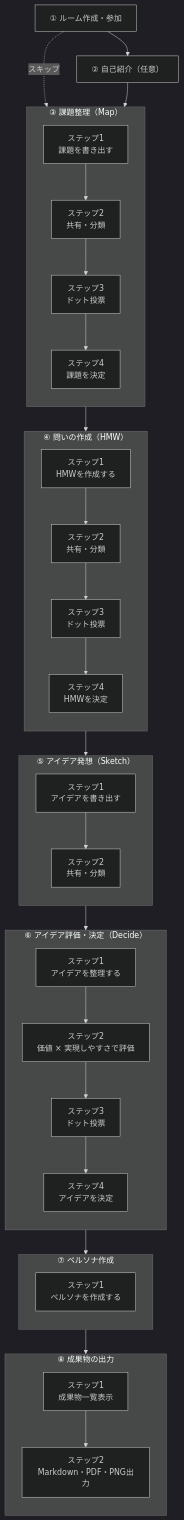
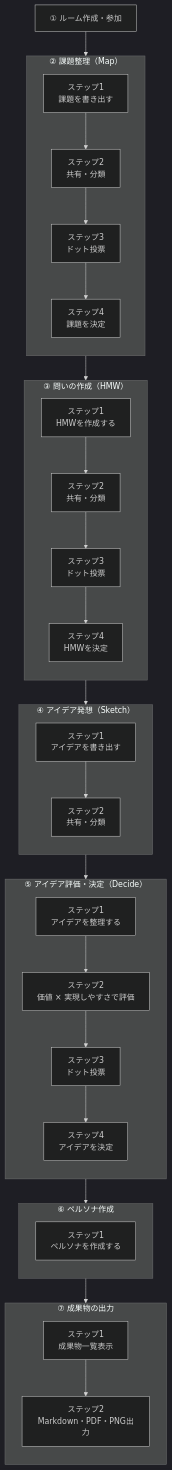
One commit to engineer-first/idea-flow-app changed the diagram in docs/ds-flow.md. Above: the diagram before and after it, drawn with Mermaid (dark theme). The commit also changed 1 other file, not shown here.

Commit message:
自己紹介消去

````diff
--- a/docs/ds-flow.md
+++ b/docs/ds-flow.md
@@ -3,71 +3,68 @@
 ```mermaid
 flowchart TD
 
 A[① ルーム作成・参加]
-B[② 自己紹介（任意）]
 
-A --> B
-A -.スキップ.-> C
-B --> C
+A --> C
 
-subgraph C["③ 課題整理（Map）"]
+subgraph C["② 課題整理（Map）"]
 direction TB
 C1[ステップ1<br>課題を書き出す]
 C2[ステップ2<br>共有・分類]
 C3[ステップ3<br>ドット投票]
 C4[ステップ4<br>課題を決定]
 
 C1 --> C2 --> C3 --> C4
 end
 
 C --> D
 
-subgraph D["④ 問いの作成（HMW）"]
+subgraph D["③ 問いの作成（HMW）"]
 direction TB
 D1[ステップ1<br>HMWを作成する]
 D2[ステップ2<br>共有・分類]
 D3[ステップ3<br>ドット投票]
 D4[ステップ4<br>HMWを決定]
 
 D1 --> D2 --> D3 --> D4
 end
 
 D --> E
 
-subgraph E["⑤ アイデア発想（Sketch）"]
+subgraph E["④ アイデア発想（Sketch）"]
 direction TB
 E1[ステップ1<br>アイデアを書き出す]
 E2[ステップ2<br>共有・分類]
 
 E1 --> E2
 end
 
 E --> F
 
-subgraph F["⑥ アイデア評価・決定（Decide）"]
+subgraph F["⑤ アイデア評価・決定（Decide）"]
 direction TB
 F1[ステップ1<br>アイデアを整理する]
 F2[ステップ2<br>価値 × 実現しやすさで評価]
 F3[ステップ3<br>ドット投票]
 F4[ステップ4<br>アイデアを決定]
 
 F1 --> F2 --> F3 --> F4
 end
 
 F --> G
 
-subgraph G["⑦ ペルソナ作成"]
+subgraph G["⑥ ペルソナ作成"]
 direction TB
 G1[ステップ1<br>ペルソナを作成する]
 end
 
 G --> H
 
-subgraph H["⑧ 成果物の出力"]
+subgraph H["⑦ 成果物の出力"]
 direction TB
 H1[ステップ1<br>成果物一覧表示]
 H2[ステップ2<br>Markdown・PDF・PNG出力]
 
 H1 --> H2
 end
 ```
````
